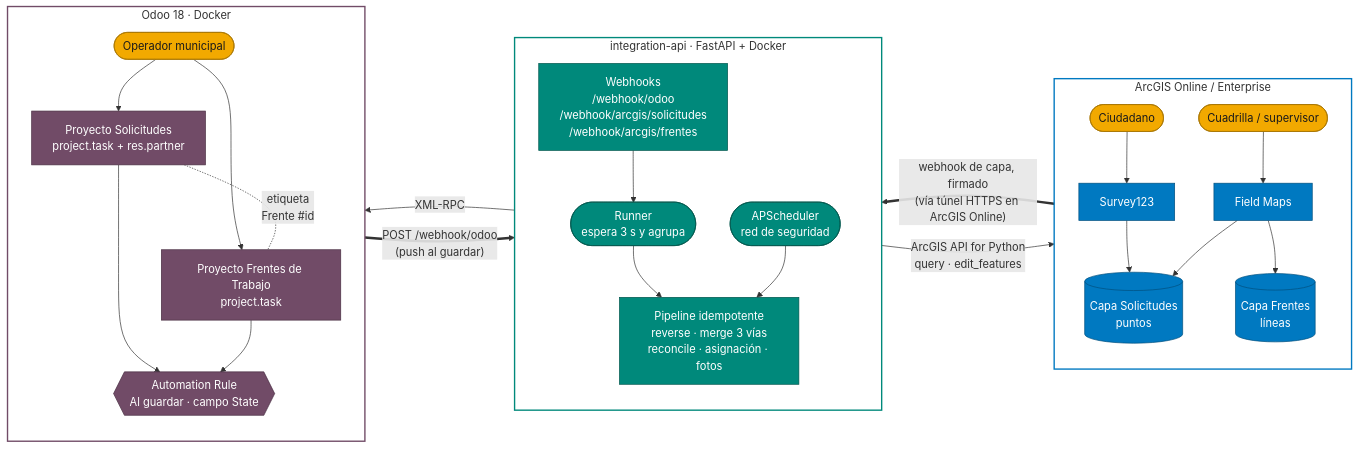
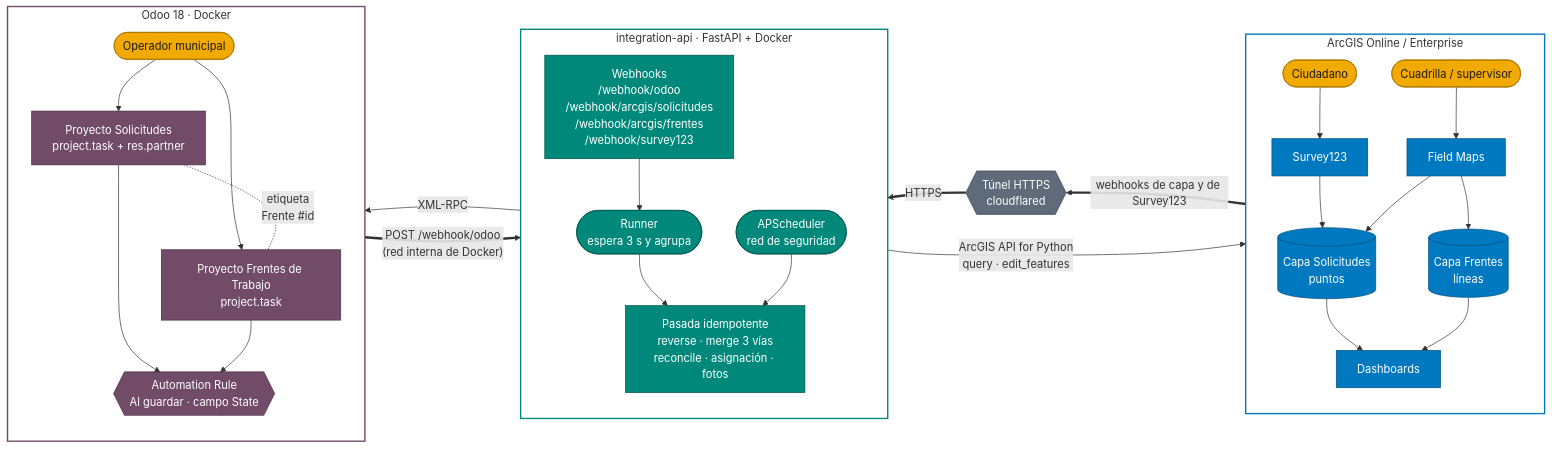
One commit to osbonilla/IntegracionOdooArcGIS changed the first of 9 diagrams in README.md. Above: the diagram before and after it, drawn with Mermaid. The commit also changed other lines of this file and 6 other files, not shown here.

````diff
--- a/README.md
+++ b/README.md
@@ -18,56 +63,64 @@
 ```mermaid
 flowchart RL
     subgraph ODOO["Odoo 18 · Docker"]
         direction TB
         operador(["Operador municipal"])
         sol["Proyecto Solicitudes<br/>project.task + res.partner"]
         fre["Proyecto Frentes de Trabajo<br/>project.task"]
         rule{{"Automation Rule<br/>Al guardar · campo State"}}
         operador --> sol
         operador --> fre
         sol -. "etiqueta<br/>Frente #id" .- fre
         sol --> rule
         fre --> rule
     end
 
     subgraph API["integration-api · FastAPI + Docker"]
         direction TB
-        hooks["Webhooks<br/>/webhook/odoo<br/>/webhook/arcgis/solicitudes<br/>/webhook/arcgis/frentes"]
+        hooks["Webhooks<br/>/webhook/odoo<br/>/webhook/arcgis/solicitudes<br/>/webhook/arcgis/frentes<br/>/webhook/survey123"]
         runner(["Runner<br/>espera 3 s y agrupa"])
         sched(["APScheduler<br/>red de seguridad"])
-        pipe["Pipeline idempotente<br/>reverse · merge 3 vías<br/>reconcile · asignación · fotos"]
+        pipe["Pasada idempotente<br/>reverse · merge 3 vías<br/>reconcile · asignación · fotos"]
         hooks --> runner --> pipe
         sched --> pipe
     end
+
+    TUN{{"Túnel HTTPS<br/>cloudflared"}}
 
     subgraph ESRI["ArcGIS Online / Enterprise"]
         direction TB
         ciudadano(["Ciudadano"])
         cuadrilla(["Cuadrilla / supervisor"])
         s123["Survey123"]
         fm["Field Maps"]
         pts[("Capa Solicitudes<br/>puntos")]
         lin[("Capa Frentes<br/>líneas")]
+        dash["Dashboards"]
         ciudadano --> s123 --> pts
         cuadrilla --> fm
         fm --> pts
         fm --> lin
+        pts --> dash
+        lin --> dash
     end
 
-    ODOO == "POST /webhook/odoo<br/>(push al guardar)" ==> API
+    ODOO == "POST /webhook/odoo<br/>(red interna de Docker)" ==> API
     API -- "XML-RPC" --> ODOO
-    ESRI == "webhook de capa, firmado<br/>(vía túnel HTTPS en ArcGIS Online)" ==> API
+    ESRI == "webhooks de capa y de Survey123" ==> TUN
+    TUN == "HTTPS" ==> API
     API -- "ArcGIS API for Python<br/>query · edit_features" --> ESRI
 
     classDef odoo fill:#714B67,stroke:#4a2f43,color:#ffffff
     classDef api fill:#00897B,stroke:#00564d,color:#ffffff
     classDef esri fill:#0079C1,stroke:#004f7e,color:#ffffff
     classDef actor fill:#F2A900,stroke:#a87500,color:#1a1a1a
+    classDef net fill:#5f6b7a,stroke:#3c4550,color:#ffffff
     class sol,fre,rule odoo
     class hooks,runner,sched,pipe api
-    class s123,fm,pts,lin esri
+    class s123,fm,pts,lin,dash esri
     class operador,ciudadano,cuadrilla actor
+    class TUN net
     style ODOO fill:transparent,stroke:#714B67,stroke-width:2px
     style API fill:transparent,stroke:#00897B,stroke-width:2px
     style ESRI fill:transparent,stroke:#0079C1,stroke-width:2px
 ```
````
